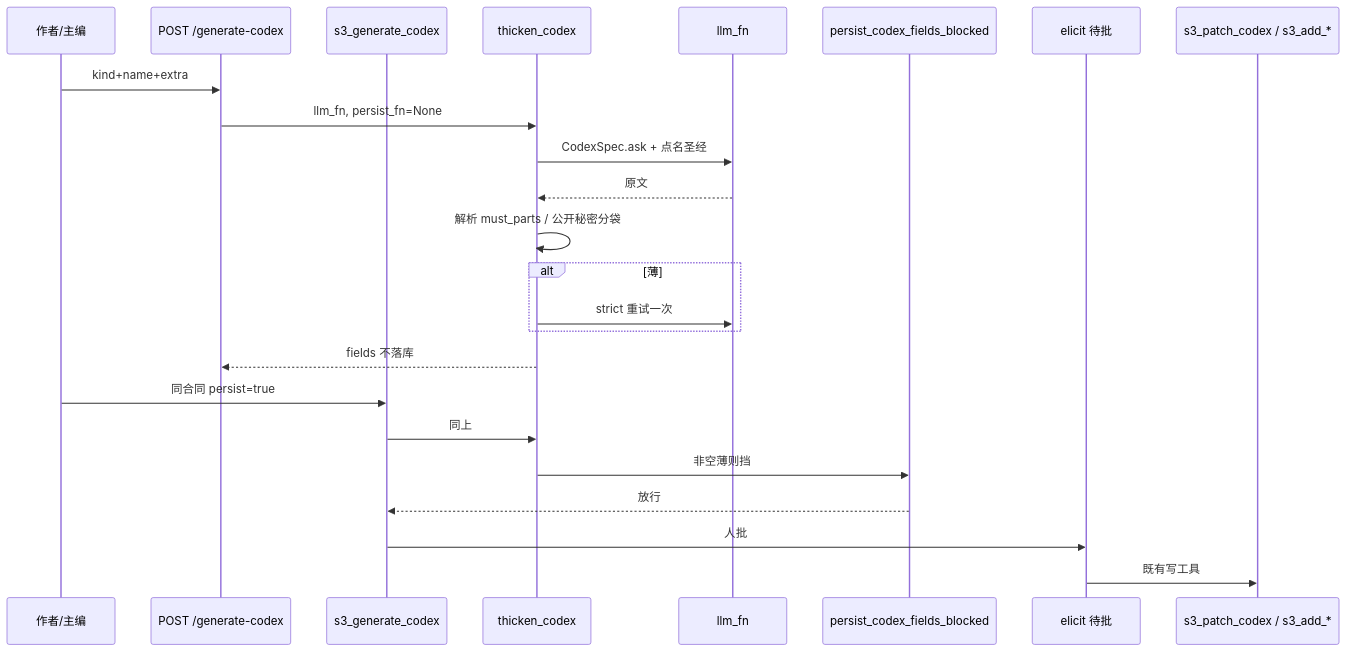
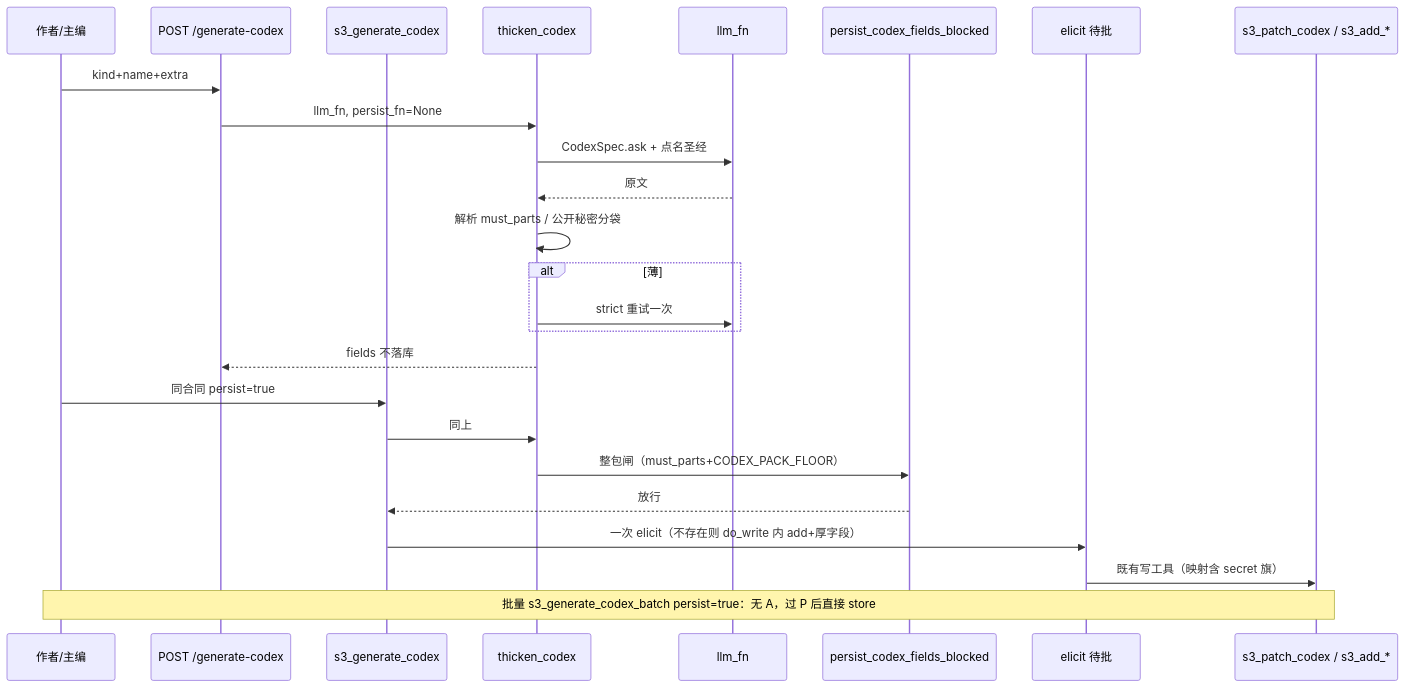
One commit to liuwenpinghaher-commits/scribe-writing-system changed the second of 2 diagrams in docs/plans/2026-08-14-codex-generation-chain.md. Above: the diagram before and after it, drawn with Mermaid. The commit also changed other lines of this file and 43 other files, not shown here.

````diff
--- a/docs/plans/2026-08-14-codex-generation-chain.md
+++ b/docs/plans/2026-08-14-codex-generation-chain.md
@@ -170,26 +174,27 @@
 ```mermaid
 sequenceDiagram
   participant U as 作者/主编
   participant REST as POST /generate-codex
   participant MCP as s3_generate_codex
   participant G as thicken_codex
   participant L as llm_fn
   participant P as persist_codex_fields_blocked
   participant A as elicit 待批
   participant S as s3_patch_codex / s3_add_*
   U->>REST: kind+name+extra
   REST->>G: llm_fn, persist_fn=None
   G->>L: CodexSpec.ask + 点名圣经
   L-->>G: 原文
   G->>G: 解析 must_parts / 公开秘密分袋
   alt 薄
     G->>L: strict 重试一次
   end
   G-->>REST: fields 不落库
   U->>MCP: 同合同 persist=true
   MCP->>G: 同上
-  G->>P: 非空薄则挡
+  G->>P: 整包闸（must_parts+CODEX_PACK_FLOOR）
   P-->>MCP: 放行
-  MCP->>A: 人批
-  A->>S: 既有写工具
+  MCP->>A: 一次 elicit（不存在则 do_write 内 add+厚字段）
+  A->>S: 既有写工具（映射含 secret 旗）
+  Note over U,S: 批量 s3_generate_codex_batch persist=true：无 A，过 P 后直接 store
 ```
````
